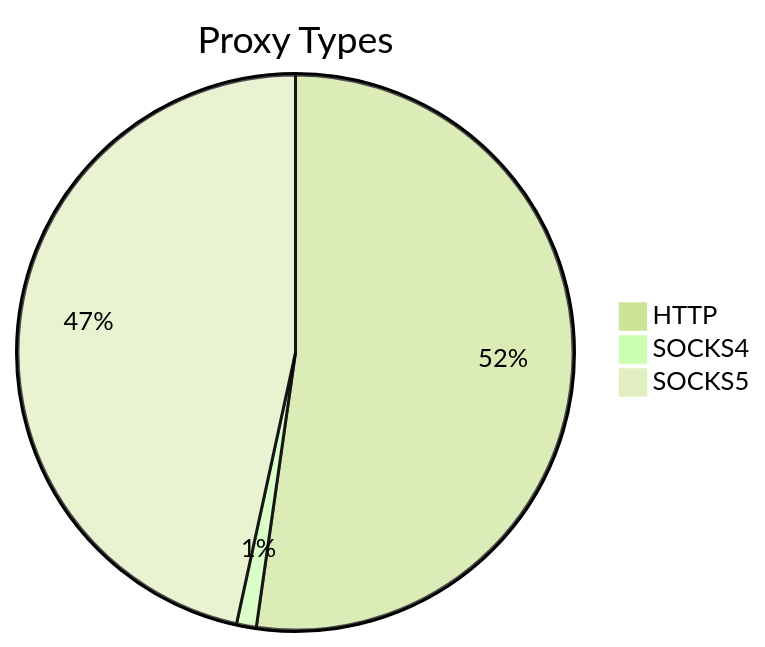
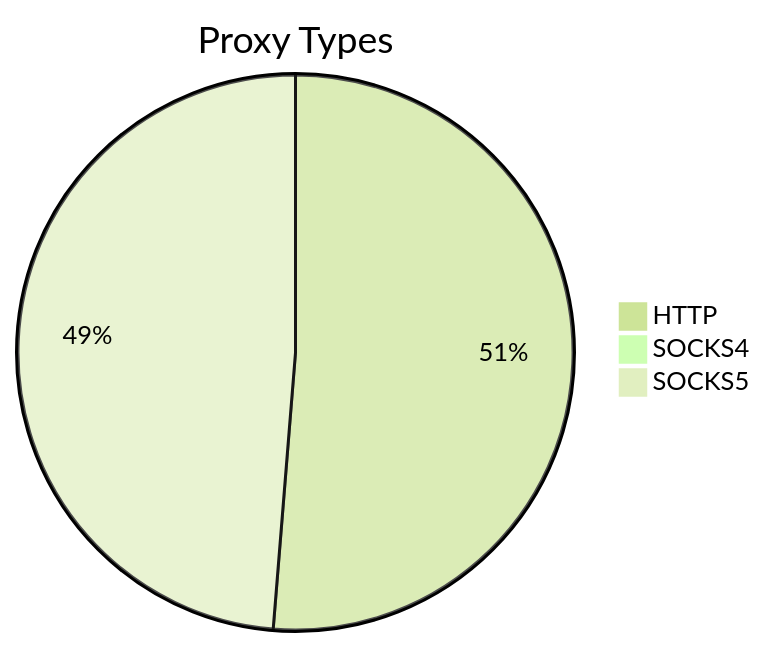
One commit to stormsia/proxy-list changed the first of 2 diagrams in README.md. Above: the diagram before and after it, drawn with Mermaid (forest theme). The commit also changed other lines of this file, not shown here.

````diff
--- a/README.md
+++ b/README.md
@@ -21,6 +21,6 @@
 ```mermaid
 pie title Proxy Types
-    "HTTP" : 4725
-    "SOCKS4" : 104
-    "SOCKS5" : 4213
+    "HTTP" : 4243
+    "SOCKS4" : 35
+    "SOCKS5" : 4031
 ```
````
